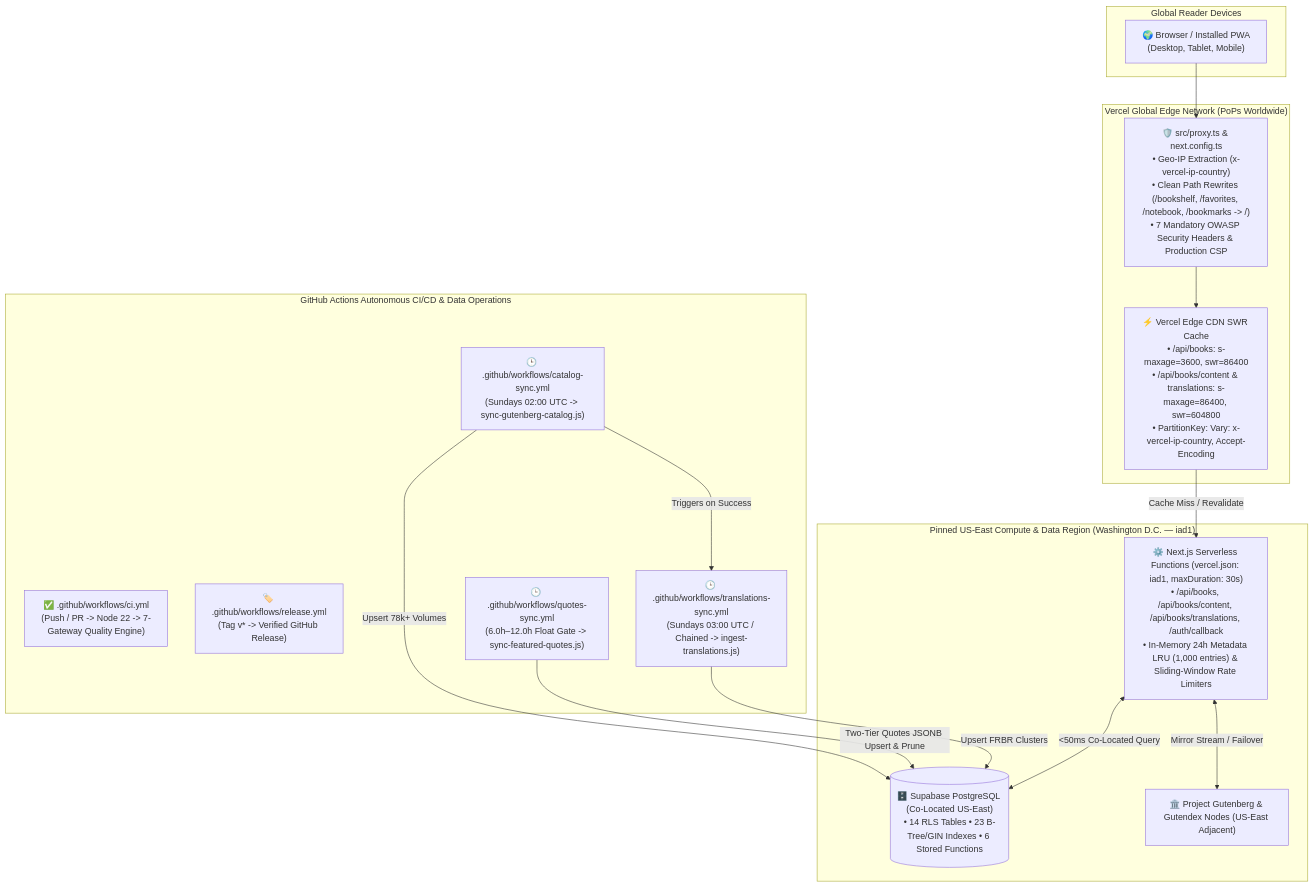
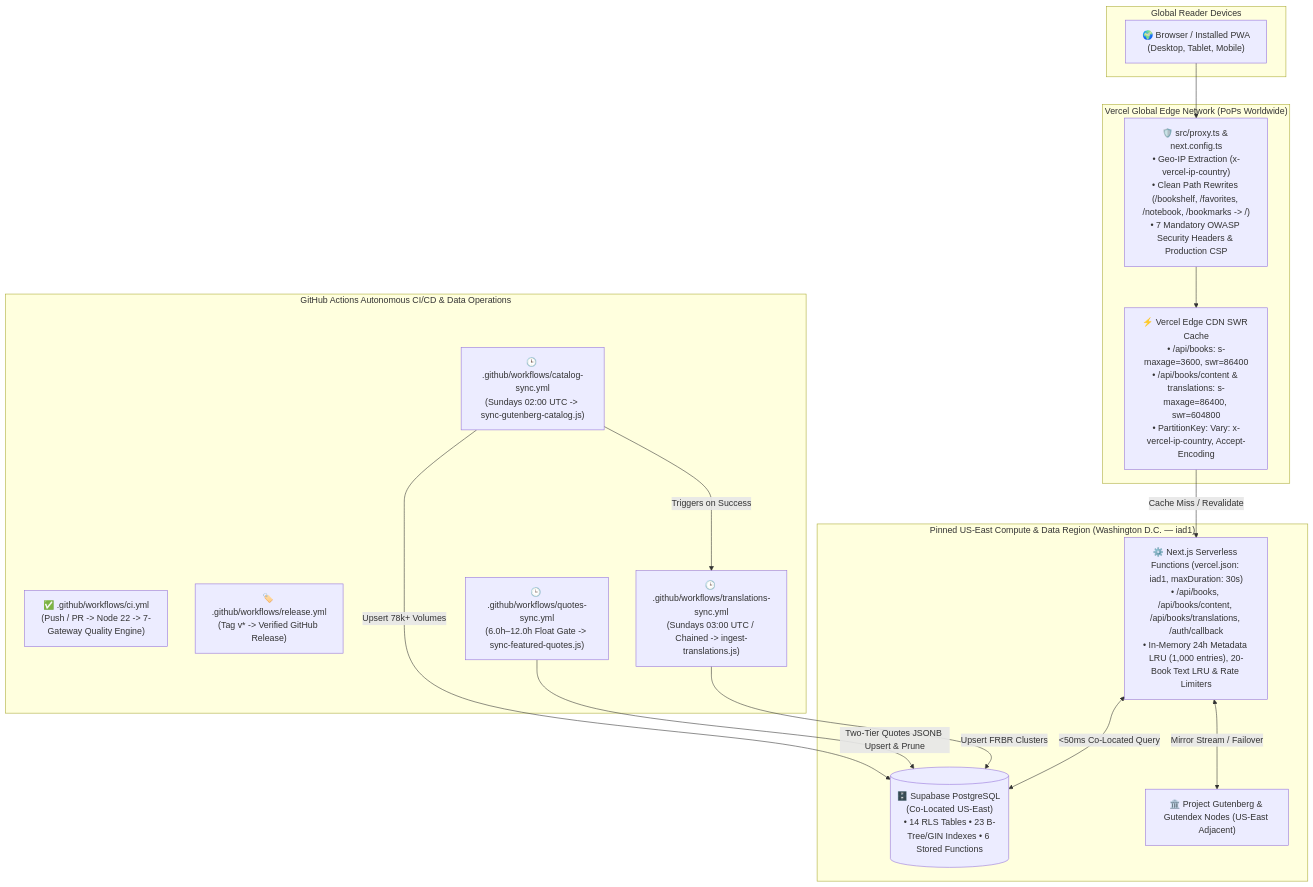
Before and after one commit to calin-m/Bookarium: diagram 12 of 12 in docs/ARCHITECTURE.md, drawn with Mermaid. The commit also changed other lines of this file and 23 other files, not shown here.

First line of the commit message:
perf(network): add 20-book server text LRU, 30-day passage LRU, sequential translations, and warm reader metadata reuse

````diff
--- a/docs/ARCHITECTURE.md
+++ b/docs/ARCHITECTURE.md
@@ -1547,35 +1547,35 @@
 ```mermaid
 flowchart TD
     subgraph GlobalClients ["Global Reader Devices"]
         Client["🌍 Browser / Installed PWA\n(Desktop, Tablet, Mobile)"]
     end
 
     subgraph VercelEdgeNetwork ["Vercel Global Edge Network (PoPs Worldwide)"]
         EdgeProxy["🛡️ src/proxy.ts & next.config.ts\n• Geo-IP Extraction (x-vercel-ip-country)\n• Clean Path Rewrites (/bookshelf, /favorites, /notebook, /bookmarks -> /)\n• 7 Mandatory OWASP Security Headers & Production CSP"]
         EdgeCDN["⚡ Vercel Edge CDN SWR Cache\n• /api/books: s-maxage=3600, swr=86400\n• /api/books/content & translations: s-maxage=86400, swr=604800\n• PartitionKey: Vary: x-vercel-ip-country, Accept-Encoding"]
     end
 
     subgraph USCompute ["Pinned US-East Compute & Data Region (Washington D.C. — iad1)"]
-        Serverless["⚙️ Next.js Serverless Functions (vercel.json: iad1, maxDuration: 30s)\n• /api/books, /api/books/content, /api/books/translations, /auth/callback\n• In-Memory 24h Metadata LRU (1,000 entries) & Sliding-Window Rate Limiters"]
+        Serverless["⚙️ Next.js Serverless Functions (vercel.json: iad1, maxDuration: 30s)\n• /api/books, /api/books/content, /api/books/translations, /auth/callback\n• In-Memory 24h Metadata LRU (1,000 entries), 20-Book Text LRU & Rate Limiters"]
         SupabaseUS[("🗄️ Supabase PostgreSQL (Co-Located US-East)\n• 14 RLS Tables • 23 B-Tree/GIN Indexes • 6 Stored Functions")]
         GutenbergUS["🏛️ Project Gutenberg & Gutendex Nodes (US-East Adjacent)"]
     end
 
     subgraph GitHubOps ["GitHub Actions Autonomous CI/CD & Data Operations"]
         CIWorkflow["✅ .github/workflows/ci.yml\n(Push / PR -> Node 22 -> 7-Gateway Quality Engine)"]
         ReleaseWorkflow["🏷️ .github/workflows/release.yml\n(Tag v* -> Verified GitHub Release)"]
         CatalogCron["🕒 .github/workflows/catalog-sync.yml\n(Sundays 02:00 UTC -> sync-gutenberg-catalog.js)"]
         TransCron["🕒 .github/workflows/translations-sync.yml\n(Sundays 03:00 UTC / Chained -> ingest-translations.js)"]
         QuotesCron["🕒 .github/workflows/quotes-sync.yml\n(6.0h–12.0h Float Gate -> sync-featured-quotes.js)"]
     end
 
     Client --> EdgeProxy
     EdgeProxy --> EdgeCDN
     EdgeCDN -->|"Cache Miss / Revalidate"| Serverless
     Serverless <-->|"<50ms Co-Located Query"| SupabaseUS
     Serverless <-->|"Mirror Stream / Failover"| GutenbergUS
     CatalogCron -->|"Upsert 78k+ Volumes"| SupabaseUS
     CatalogCron -->|"Triggers on Success"| TransCron
     TransCron -->|"Upsert FRBR Clusters"| SupabaseUS
     QuotesCron -->|"Two-Tier Quotes JSONB Upsert & Prune"| SupabaseUS
 ```
````
